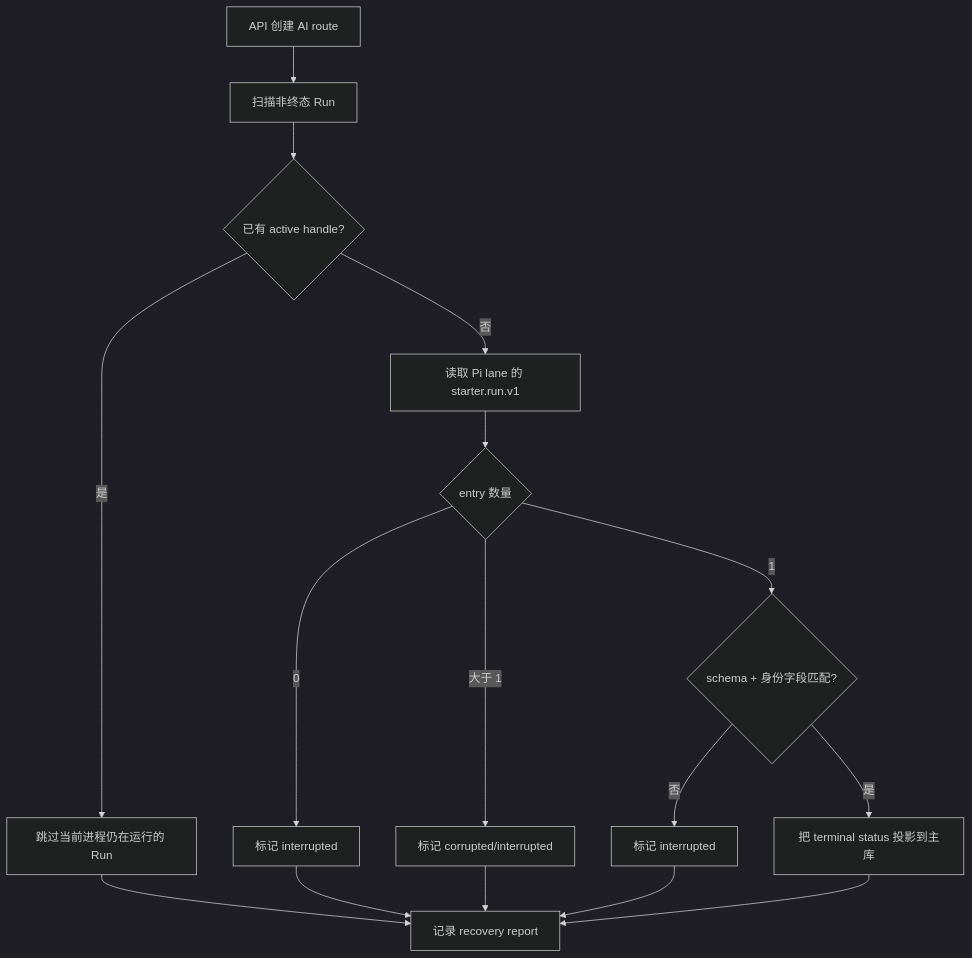
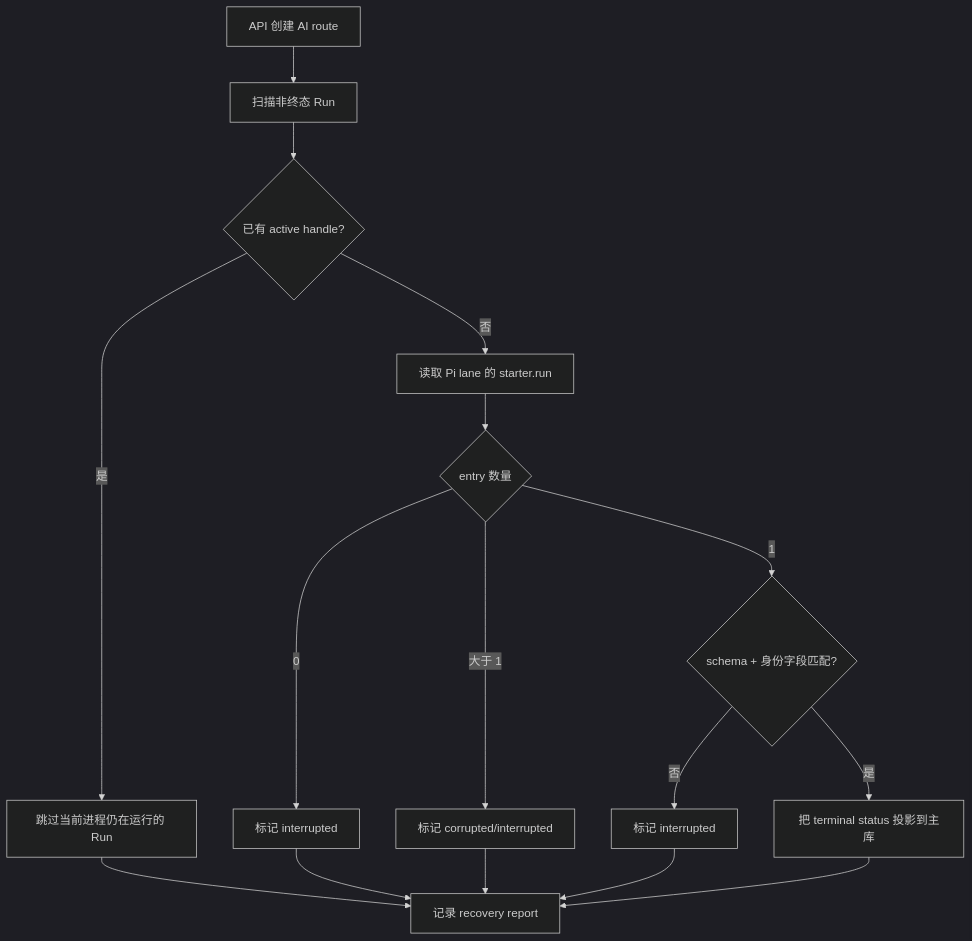
The fifth of 5 diagrams in .trellis/spec/api/backend/ai-system-design.md (xidongdong-153/starter), drawn with Mermaid before and after one commit. The commit also changed other lines of this file and 102 other files, not shown here.

````diff
--- a/.trellis/spec/api/backend/ai-system-design.md
+++ b/.trellis/spec/api/backend/ai-system-design.md
@@ -408,19 +404,19 @@
 ```mermaid
 %%{init: {"theme": "dark"}}%%
 flowchart TD
   Boot["API 创建 AI route"] --> Scan["扫描非终态 Run"]
   Scan --> Active{"已有 active handle?"}
   Active -->|是| Skip["跳过当前进程仍在运行的 Run"]
-  Active -->|否| Read["读取 Pi lane 的 starter.run.v1"]
+  Active -->|否| Read["读取 Pi lane 的 starter.run"]
   Read --> Count{"entry 数量"}
   Count -->|0| Interrupted1["标记 interrupted"]
   Count -->|大于 1| Corrupt["标记 corrupted/interrupted"]
   Count -->|1| Parse{"schema + 身份字段匹配?"}
   Parse -->|否| Interrupted2["标记 interrupted"]
   Parse -->|是| Project["把 terminal status 投影到主库"]
   Project --> Report["记录 recovery report"]
   Skip --> Report
   Interrupted1 --> Report
   Corrupt --> Report
   Interrupted2 --> Report
 ```
````
